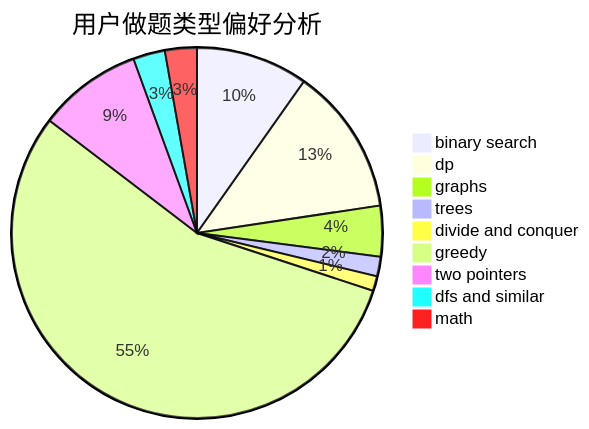
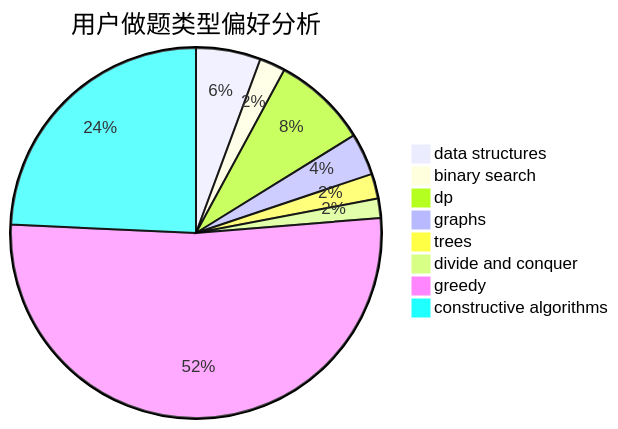
One commit to sherpahu/cfrs.github.io changed the second of 3 diagrams in docs/user/u881.md. Above: the diagram before and after it, drawn with Mermaid. The commit also changed other lines of this file and 2775 other files, not shown here.

````diff
--- a/docs/user/u881.md
+++ b/docs/user/u881.md
@@ -23,12 +23,11 @@
 ```mermaid
 pie title 用户做题类型偏好分析
-    "binary search" :  137
-    "dp" :  180
-    "graphs" :  62
-    "trees" :  24
+    "data structures" :  60
+    "binary search" :  24
+    "dp" :  88
+    "graphs" :  39
+    "trees" :  23
     "divide and conquer" :  18
-    "greedy" :  775
-    "two pointers" :  127
-    "dfs and similar" :  39
-    "math" :  39
+    "greedy" :  553
+    "constructive algorithms" :  258
 ```
````
